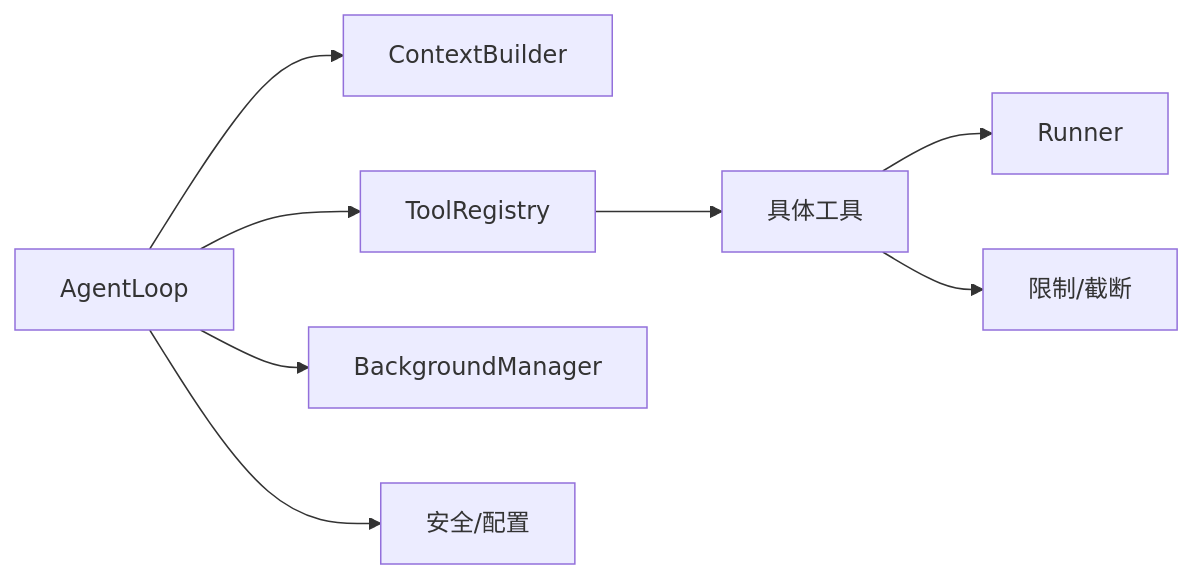
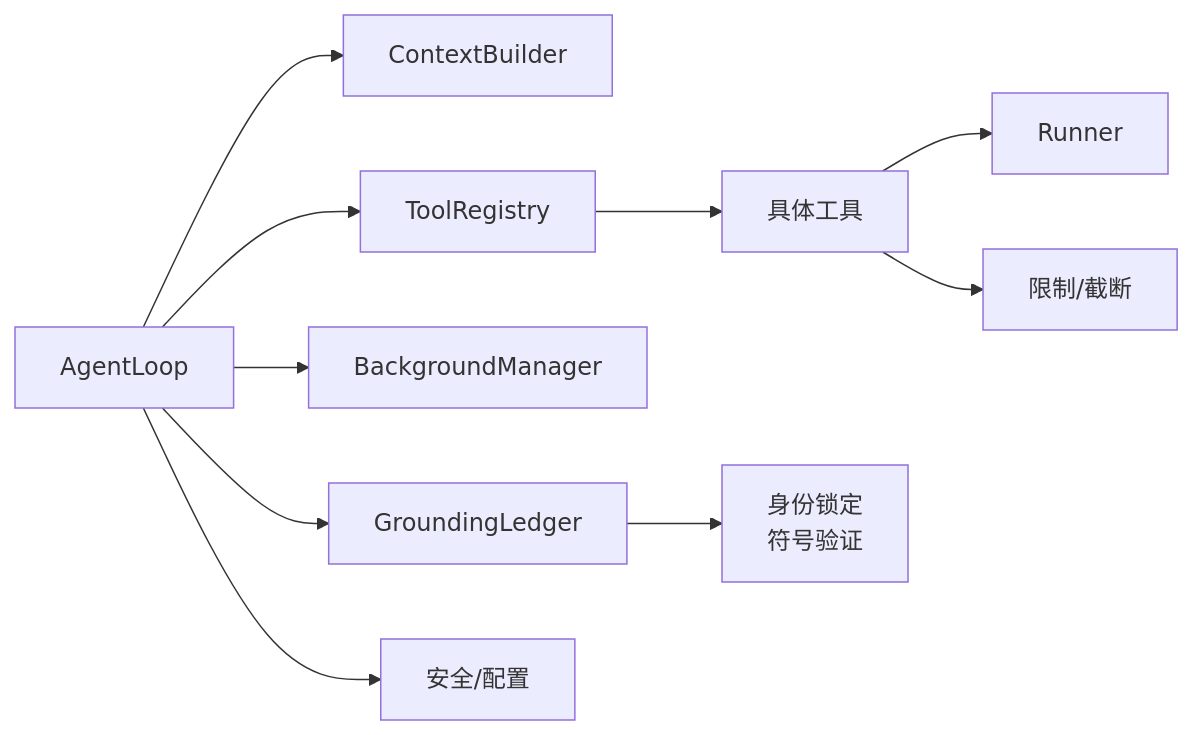
Before and after one commit to 20012002er/Vibe-Trading: the eighth of 9 diagrams in .qoder/repowiki/zh/content/项目概述/核心功能特性/AI代理系统/工具系统/工具执行框架.md, drawn with Mermaid. The commit also changed other lines of this file and 9 other files, not shown here.

````diff
--- a/.qoder/repowiki/zh/content/项目概述/核心功能特性/AI代理系统/工具系统/工具执行框架.md
+++ b/.qoder/repowiki/zh/content/项目概述/核心功能特性/AI代理系统/工具系统/工具执行框架.md
@@ -296,10 +361,12 @@
 ```mermaid
 graph LR
 Loop["AgentLoop"] --> Ctx["ContextBuilder"]
 Loop --> Reg["ToolRegistry"]
 Loop --> BG["BackgroundManager"]
+Loop --> GL["GroundingLedger"]
 Reg --> Tools["具体工具"]
 Tools --> Run["Runner"]
 Loop --> Sec["安全/配置"]
 Tools --> Lim["限制/截断"]
+GL --> Auth["身份锁定<br/>符号验证"]
 ```
````
